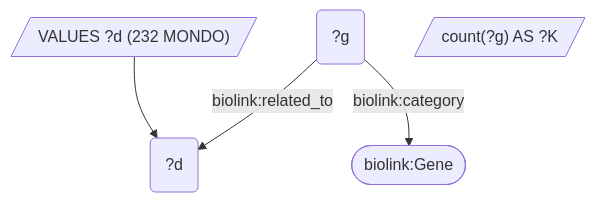
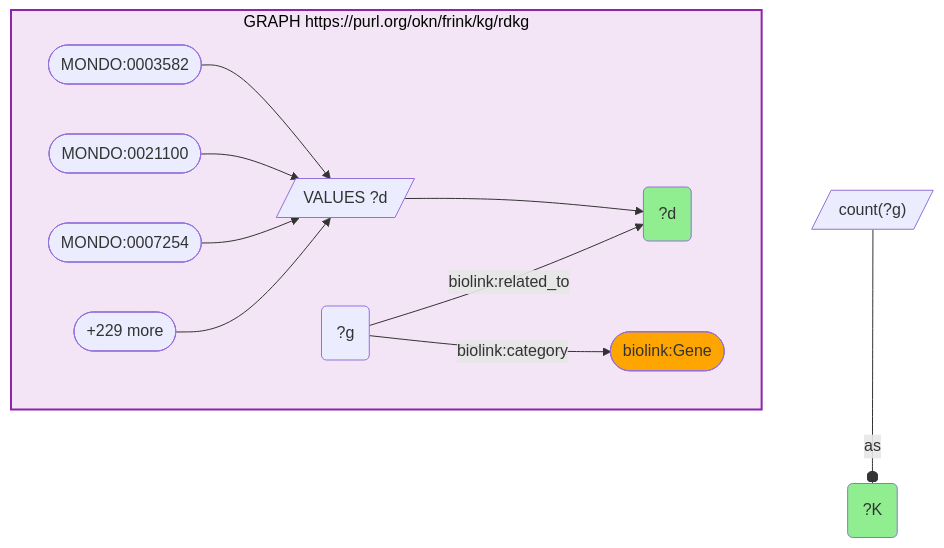
The sixth of 16 diagrams in docs/examples/Bisphenol-Exposome/Bisphenol-Exposome_reproducibility.md (sbl-sdsc/mcp-okn), drawn with Mermaid before and after one commit. The commit also changed other lines of this file and 2 other files, not shown here.

First line of the commit message:
fix(examples): restore KG boxes in Bisphenol-Exposome reproducibility diagrams

````diff
--- a/docs/examples/Bisphenol-Exposome/Bisphenol-Exposome_reproducibility.md
+++ b/docs/examples/Bisphenol-Exposome/Bisphenol-Exposome_reproducibility.md
@@ -258,7 +374,27 @@
 ```mermaid
 graph TD
-  q6bind[/"VALUES ?d (232 MONDO)"/] --> v2("?d")
-  q6v5("?g") --"biolink:related_to"--> v2
-  q6v5 --"biolink:category"--> c([biolink:Gene])
-  q6cnt[/"count(?g) AS ?K"/]
+classDef projected fill:lightgreen;
+classDef literal fill:orange;
+classDef iri fill:yellow;
+  q6v1("?K"):::projected 
+  q6v2("?d"):::projected 
+  q6v5("?g")
+  subgraph q6graph0["GRAPH https://purl.org/okn/frink/kg/rdkg"]
+    style q6graph0 fill:#f3e5f5,stroke:#8e24aa,stroke-width:2px,color:#000;
+    q6graph0c234(["biolink:Gene"]):::literal 
+    q6graph0bind0[/"VALUES ?d"/]
+    q6graph0bind0-->q6v2
+    q6graph0bind00(["MONDO:0003582"])
+    q6graph0bind00 --> q6graph0bind0
+    q6graph0bind01(["MONDO:0021100"])
+    q6graph0bind01 --> q6graph0bind0
+    q6graph0bind02(["MONDO:0007254"])
+    q6graph0bind02 --> q6graph0bind0
+    q6graph0bind0more([+229 more])
+    q6graph0bind0more --> q6graph0bind0
+    q6v5 --"biolink:category"--> q6graph0c234
+    q6v5 --"biolink:related_to"--> q6v2
+  end
+  q6bind1[/"count(?g)"/]
+  q6bind1 --as--o q6v1
 ```
````
